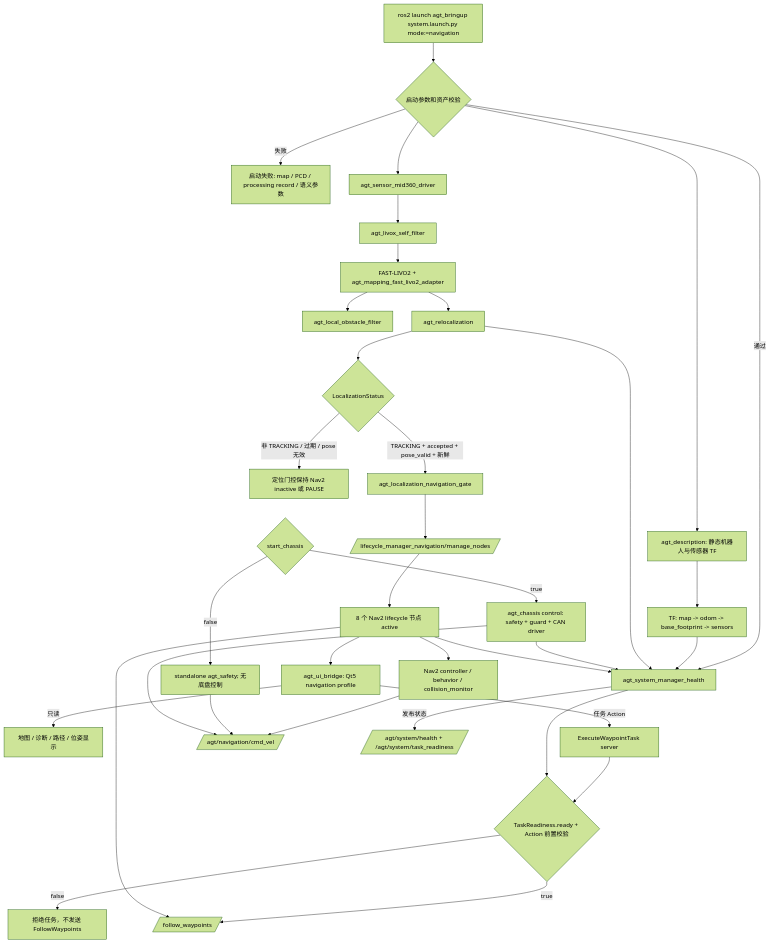
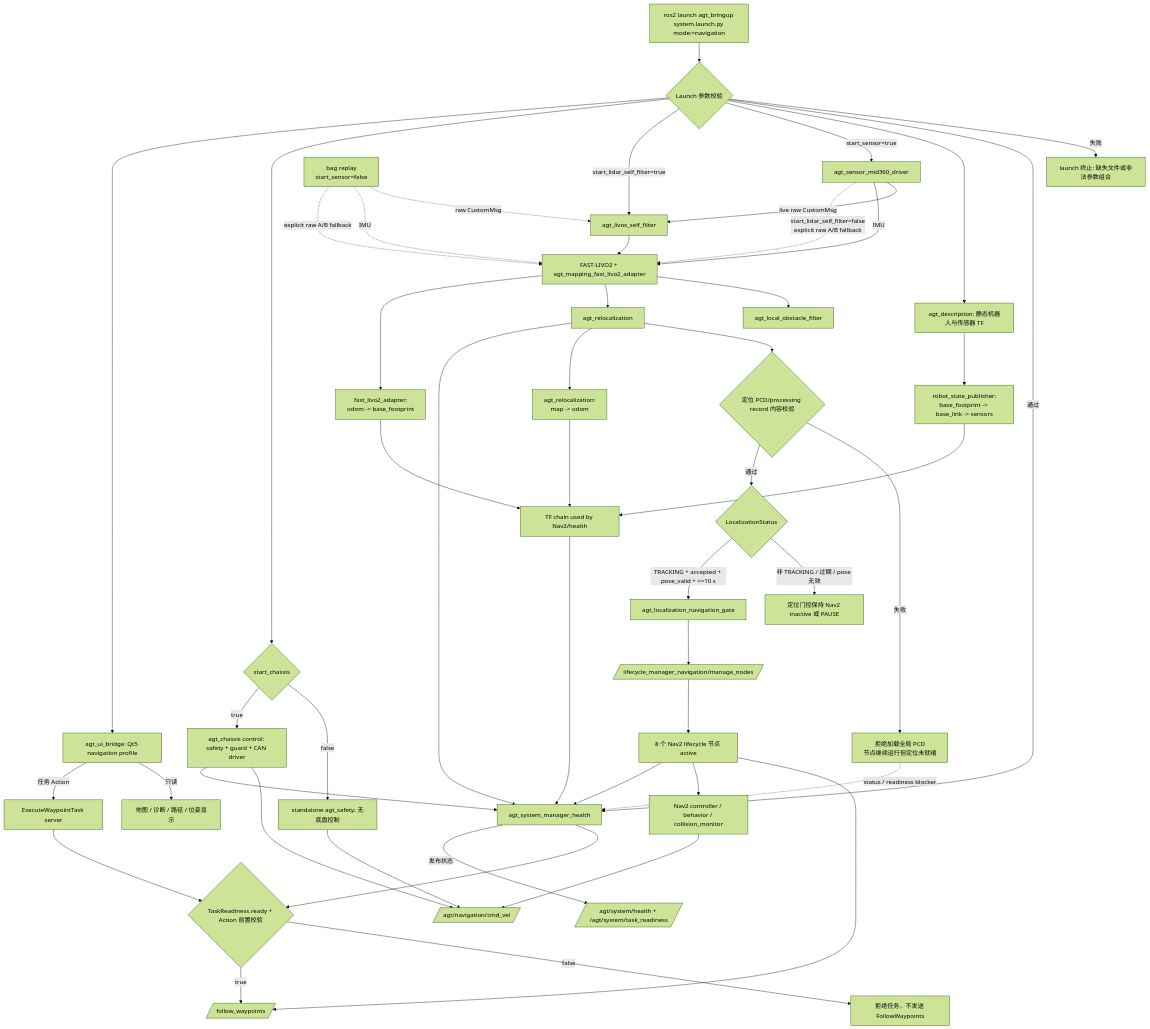
One commit to Aldoubt/agt_navigation_v2 changed the first of 3 diagrams in docs/architecture/current_navigation_startup_and_dataflow.md. Above: the diagram before and after it, drawn with Mermaid (forest theme). The commit also changed other lines of this file and 5 other files, not shown here.

Commit message:
docs: correct navigation startup and gate flow

````diff
--- a/docs/architecture/current_navigation_startup_and_dataflow.md
+++ b/docs/architecture/current_navigation_startup_and_dataflow.md
@@ -30,37 +35,52 @@
 ```mermaid
 flowchart TD
-    A[ros2 launch agt_bringup system.launch.py mode:=navigation] --> B{启动参数和资产校验}
-    B -->|失败| X[启动失败: map / PCD / processing record / 语义参数]
+    A[ros2 launch agt_bringup system.launch.py mode:=navigation] --> B{Launch 参数校验}
+    B -->|失败| X[launch 终止: 缺失文件或非法参数组合]
     B -->|通过| H[agt_system_manager_health]
     B --> D[agt_description: 静态机器人与传感器 TF]
-    B --> S[agt_sensor_mid360_driver]
-    S --> SF[agt_livox_self_filter]
+    B -->|start_sensor=true| S[agt_sensor_mid360_driver]
+    B -->|start_lidar_self_filter=true| SF[agt_livox_self_filter]
+    S -->|live raw CustomMsg| SF
+    BR[bag replay<br/>start_sensor=false] -. raw CustomMsg .-> SF
     SF --> L[FAST-LIVO2 + agt_mapping_fast_livo2_adapter]
+    S -->|IMU| L
+    BR -. IMU .-> L
+    S -. start_lidar_self_filter=false<br/>explicit raw A/B fallback .-> L
+    BR -. explicit raw A/B fallback .-> L
     L --> P[agt_local_obstacle_filter]
     L --> R[agt_relocalization]
-    R --> LS{LocalizationStatus}
+    R --> RM{定位 PCD/processing record 内容校验}
+    RM -->|失败| R0[拒绝加载全局 PCD<br/>节点继续运行但定位未就绪]
+    RM -->|通过| LS{LocalizationStatus}
+    R0 -. status / readiness blocker .-> H
     LS -->|非 TRACKING / 过期 / pose 无效| G0[定位门控保持 Nav2 inactive 或 PAUSE]
-    LS -->|TRACKING + accepted + pose_valid + 新鲜| G1[agt_localization_navigation_gate]
+    LS -->|TRACKING + accepted + pose_valid + <=10 s| G1[agt_localization_navigation_gate]
     G1 --> LM[/lifecycle_manager_navigation/manage_nodes/]
     LM --> N[8 个 Nav2 lifecycle 节点 active]
-    D --> T[TF: map -> odom -> base_footprint -> sensors]
-    C{start_chassis} -->|false| Z[standalone agt_safety; 无底盘控制]
+    D --> T0[robot_state_publisher:<br/>base_footprint -> base_link -> sensors]
+    L --> T1[fast_livo2_adapter:<br/>odom -> base_footprint]
+    R --> T2[agt_relocalization:<br/>map -> odom]
+    T0 --> T[TF chain used by Nav2/health]
+    T1 --> T
+    T2 --> T
+    B --> C{start_chassis}
+    C -->|false| Z[standalone agt_safety; 无底盘控制]
     C -->|true| CH[agt_chassis control: safety + guard + CAN driver]
-    N --> Q[agt_ui_bridge: Qt5 navigation profile]
+    B --> Q[agt_ui_bridge: Qt5 navigation profile]
     Q -->|只读| M[地图 / 诊断 / 路径 / 位姿显示]
     Q -->|任务 Action| W[ExecuteWaypointTask server]
     W --> RD{TaskReadiness.ready + Action 前置校验}
     RD -->|false| WF[拒绝任务，不发送 FollowWaypoints]
     RD -->|true| FW[/follow_waypoints/]
     N --> FW
     N --> V[Nav2 controller / behavior / collision_monitor]
     V --> K[/agt/navigation/cmd_vel/]
     Z --> K
     CH --> K
     H --> RD
     H -->|发布状态| HR[/agt/system/health + /agt/system/task_readiness/]
     T --> H
     R --> H
     CH --> H
     N --> H
 ```
````
